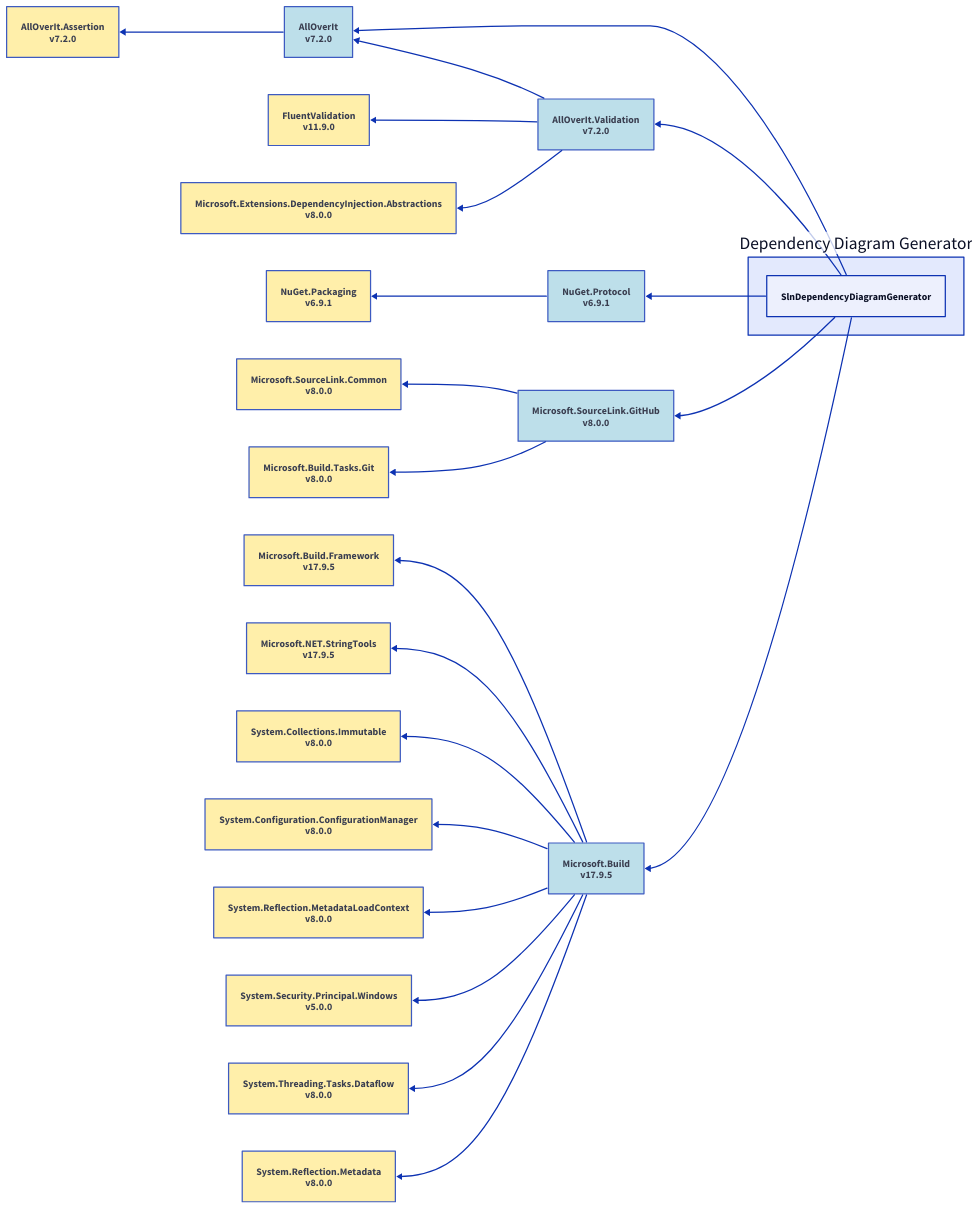
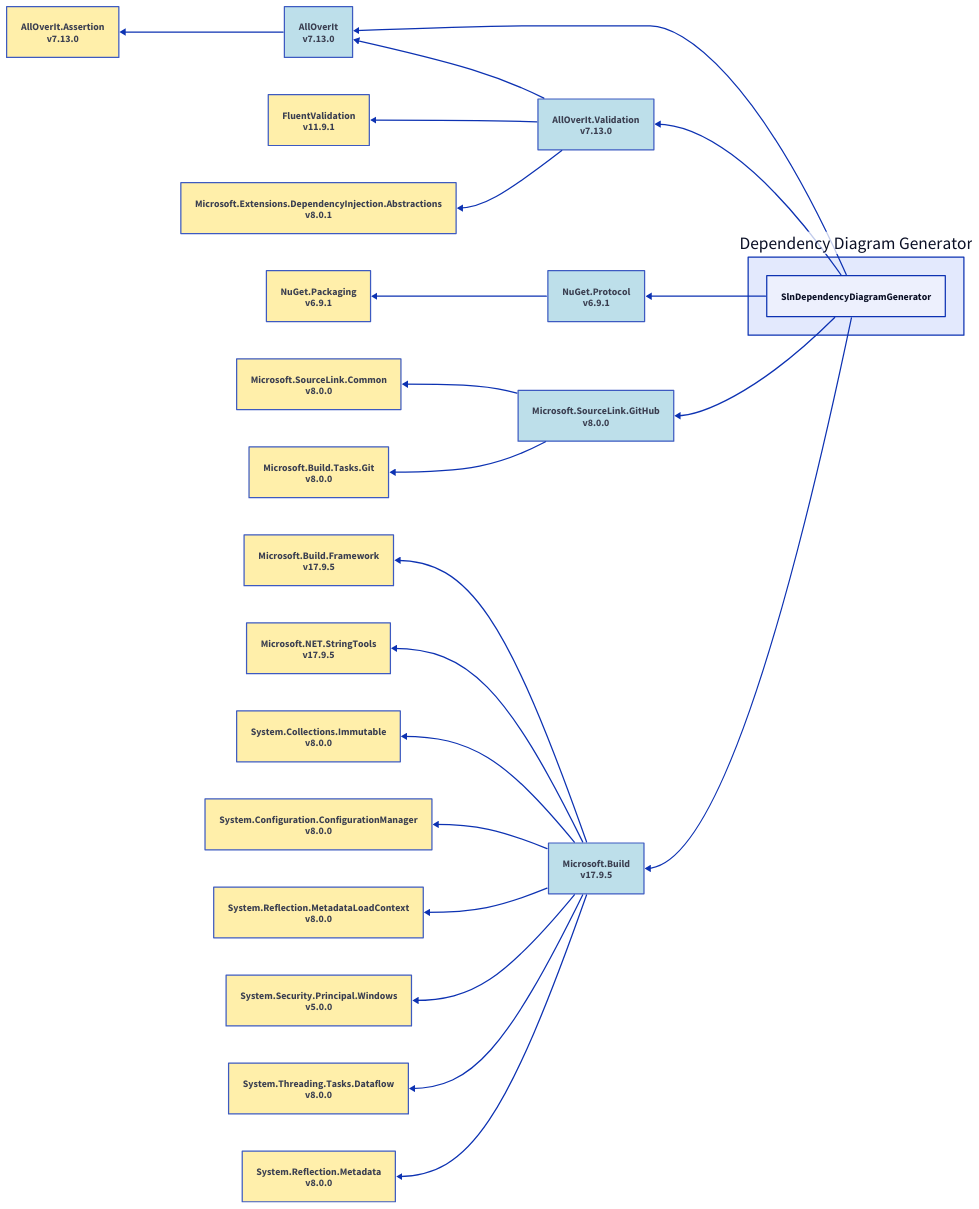
Before and after one commit to mjfreelancing/SlnDependencyDiagramGenerator: the diagram in Sample/Output/net8.0/slndependencydiagramgenerator.d2, drawn with D2. The commit also changed 11 other files, not shown here.

```diff
--- a/Sample/Output/net8.0/slndependencydiagramgenerator.d2
+++ b/Sample/Output/net8.0/slndependencydiagramgenerator.d2
@@ -1,81 +1,81 @@
 direction: left
 
 ddg: Dependency Diagram Generator
 ddg.slndependencydiagramgenerator: SlnDependencyDiagramGenerator
-alloverit_7-2-0: AllOverIt\nv7.2.0
-alloverit_7-2-0.style.fill: "#ADD8E6"
-alloverit_7-2-0.style.opacity: 0.8
-alloverit-assertion_7-2-0: AllOverIt.Assertion\nv7.2.0
-alloverit-assertion_7-2-0.style.fill: "#FFEC96"
-alloverit-assertion_7-2-0.style.opacity: 0.8
-alloverit-assertion_7-2-0 <- alloverit_7-2-0
-alloverit_7-2-0 <- ddg.slndependencydiagramgenerator
-alloverit-validation_7-2-0: AllOverIt.Validation\nv7.2.0
-alloverit-validation_7-2-0.style.fill: "#ADD8E6"
-alloverit-validation_7-2-0.style.opacity: 0.8
-alloverit_7-2-0 <- alloverit-validation_7-2-0
-fluentvalidation_11-9-0: FluentValidation\nv11.9.0
-fluentvalidation_11-9-0.style.fill: "#FFEC96"
-fluentvalidation_11-9-0.style.opacity: 0.8
-fluentvalidation_11-9-0 <- alloverit-validation_7-2-0
-microsoft-extensions-dependencyinjection-abstractions_8-0-0: Microsoft.Extensions.DependencyInjection.Abstractions\nv8.0.0
-microsoft-extensions-dependencyinjection-abstractions_8-0-0.style.fill: "#FFEC96"
-microsoft-extensions-dependencyinjection-abstractions_8-0-0.style.opacity: 0.8
-microsoft-extensions-dependencyinjection-abstractions_8-0-0 <- alloverit-validation_7-2-0
-alloverit-validation_7-2-0 <- ddg.slndependencydiagramgenerator
+alloverit_7-13-0: AllOverIt\nv7.13.0
+alloverit_7-13-0.style.fill: "#ADD8E6"
+alloverit_7-13-0.style.opacity: 0.8
+alloverit-assertion_7-13-0: AllOverIt.Assertion\nv7.13.0
+alloverit-assertion_7-13-0.style.fill: "#FFEC96"
+alloverit-assertion_7-13-0.style.opacity: 0.8
+alloverit-assertion_7-13-0 <- alloverit_7-13-0
+alloverit_7-13-0 <- ddg.slndependencydiagramgenerator
+alloverit-validation_7-13-0: AllOverIt.Validation\nv7.13.0
+alloverit-validation_7-13-0.style.fill: "#ADD8E6"
+alloverit-validation_7-13-0.style.opacity: 0.8
+alloverit_7-13-0 <- alloverit-validation_7-13-0
+fluentvalidation_11-9-1: FluentValidation\nv11.9.1
+fluentvalidation_11-9-1.style.fill: "#FFEC96"
+fluentvalidation_11-9-1.style.opacity: 0.8
+fluentvalidation_11-9-1 <- alloverit-validation_7-13-0
+microsoft-extensions-dependencyinjection-abstractions_8-0-1: Microsoft.Extensions.DependencyInjection.Abstractions\nv8.0.1
+microsoft-extensions-dependencyinjection-abstractions_8-0-1.style.fill: "#FFEC96"
+microsoft-extensions-dependencyinjection-abstractions_8-0-1.style.opacity: 0.8
+microsoft-extensions-dependencyinjection-abstractions_8-0-1 <- alloverit-validation_7-13-0
+alloverit-validation_7-13-0 <- ddg.slndependencydiagramgenerator
 nuget-protocol_6-9-1: NuGet.Protocol\nv6.9.1
 nuget-protocol_6-9-1.style.fill: "#ADD8E6"
 nuget-protocol_6-9-1.style.opacity: 0.8
 nuget-packaging_6-9-1: NuGet.Packaging\nv6.9.1
 nuget-packaging_6-9-1.style.fill: "#FFEC96"
 nuget-packaging_6-9-1.style.opacity: 0.8
 nuget-packaging_6-9-1 <- nuget-protocol_6-9-1
 nuget-protocol_6-9-1 <- ddg.slndependencydiagramgenerator
 microsoft-sourcelink-github_8-0-0: Microsoft.SourceLink.GitHub\nv8.0.0
 microsoft-sourcelink-github_8-0-0.style.fill: "#ADD8E6"
 microsoft-sourcelink-github_8-0-0.style.opacity: 0.8
 microsoft-sourcelink-common_8-0-0: Microsoft.SourceLink.Common\nv8.0.0
 microsoft-sourcelink-common_8-0-0.style.fill: "#FFEC96"
 microsoft-sourcelink-common_8-0-0.style.opacity: 0.8
 microsoft-sourcelink-common_8-0-0 <- microsoft-sourcelink-github_8-0-0
 microsoft-build-tasks-git_8-0-0: Microsoft.Build.Tasks.Git\nv8.0.0
 microsoft-build-tasks-git_8-0-0.style.fill: "#FFEC96"
 microsoft-build-tasks-git_8-0-0.style.opacity: 0.8
 microsoft-build-tasks-git_8-0-0 <- microsoft-sourcelink-github_8-0-0
 microsoft-sourcelink-github_8-0-0 <- ddg.slndependencydiagramgenerator
 microsoft-build_17-9-5: Microsoft.Build\nv17.9.5
 microsoft-build_17-9-5.style.fill: "#ADD8E6"
 microsoft-build_17-9-5.style.opacity: 0.8
 microsoft-build-framework_17-9-5: Microsoft.Build.Framework\nv17.9.5
 microsoft-build-framework_17-9-5.style.fill: "#FFEC96"
 microsoft-build-framework_17-9-5.style.opacity: 0.8
 microsoft-build-framework_17-9-5 <- microsoft-build_17-9-5
 microsoft-net-stringtools_17-9-5: Microsoft.NET.StringTools\nv17.9.5
 microsoft-net-stringtools_17-9-5.style.fill: "#FFEC96"
 microsoft-net-stringtools_17-9-5.style.opacity: 0.8
 microsoft-net-stringtools_17-9-5 <- microsoft-build_17-9-5
 system-collections-immutable_8-0-0: System.Collections.Immutable\nv8.0.0
 system-collections-immutable_8-0-0.style.fill: "#FFEC96"
 system-collections-immutable_8-0-0.style.opacity: 0.8
 system-collections-immutable_8-0-0 <- microsoft-build_17-9-5
 system-configuration-configurationmanager_8-0-0: System.Configuration.ConfigurationManager\nv8.0.0
 system-configuration-configurationmanager_8-0-0.style.fill: "#FFEC96"
 system-configuration-configurationmanager_8-0-0.style.opacity: 0.8
 system-configuration-configurationmanager_8-0-0 <- microsoft-build_17-9-5
 system-reflection-metadataloadcontext_8-0-0: System.Reflection.MetadataLoadContext\nv8.0.0
 system-reflection-metadataloadcontext_8-0-0.style.fill: "#FFEC96"
 system-reflection-metadataloadcontext_8-0-0.style.opacity: 0.8
 system-reflection-metadataloadcontext_8-0-0 <- microsoft-build_17-9-5
 system-security-principal-windows_5-0-0: System.Security.Principal.Windows\nv5.0.0
 system-security-principal-windows_5-0-0.style.fill: "#FFEC96"
 system-security-principal-windows_5-0-0.style.opacity: 0.8
 system-security-principal-windows_5-0-0 <- microsoft-build_17-9-5
 system-threading-tasks-dataflow_8-0-0: System.Threading.Tasks.Dataflow\nv8.0.0
 system-threading-tasks-dataflow_8-0-0.style.fill: "#FFEC96"
 system-threading-tasks-dataflow_8-0-0.style.opacity: 0.8
 system-threading-tasks-dataflow_8-0-0 <- microsoft-build_17-9-5
 system-reflection-metadata_8-0-0: System.Reflection.Metadata\nv8.0.0
 system-reflection-metadata_8-0-0.style.fill: "#FFEC96"
 system-reflection-metadata_8-0-0.style.opacity: 0.8
 system-reflection-metadata_8-0-0 <- microsoft-build_17-9-5
 microsoft-build_17-9-5 <- ddg.slndependencydiagramgenerator
```
